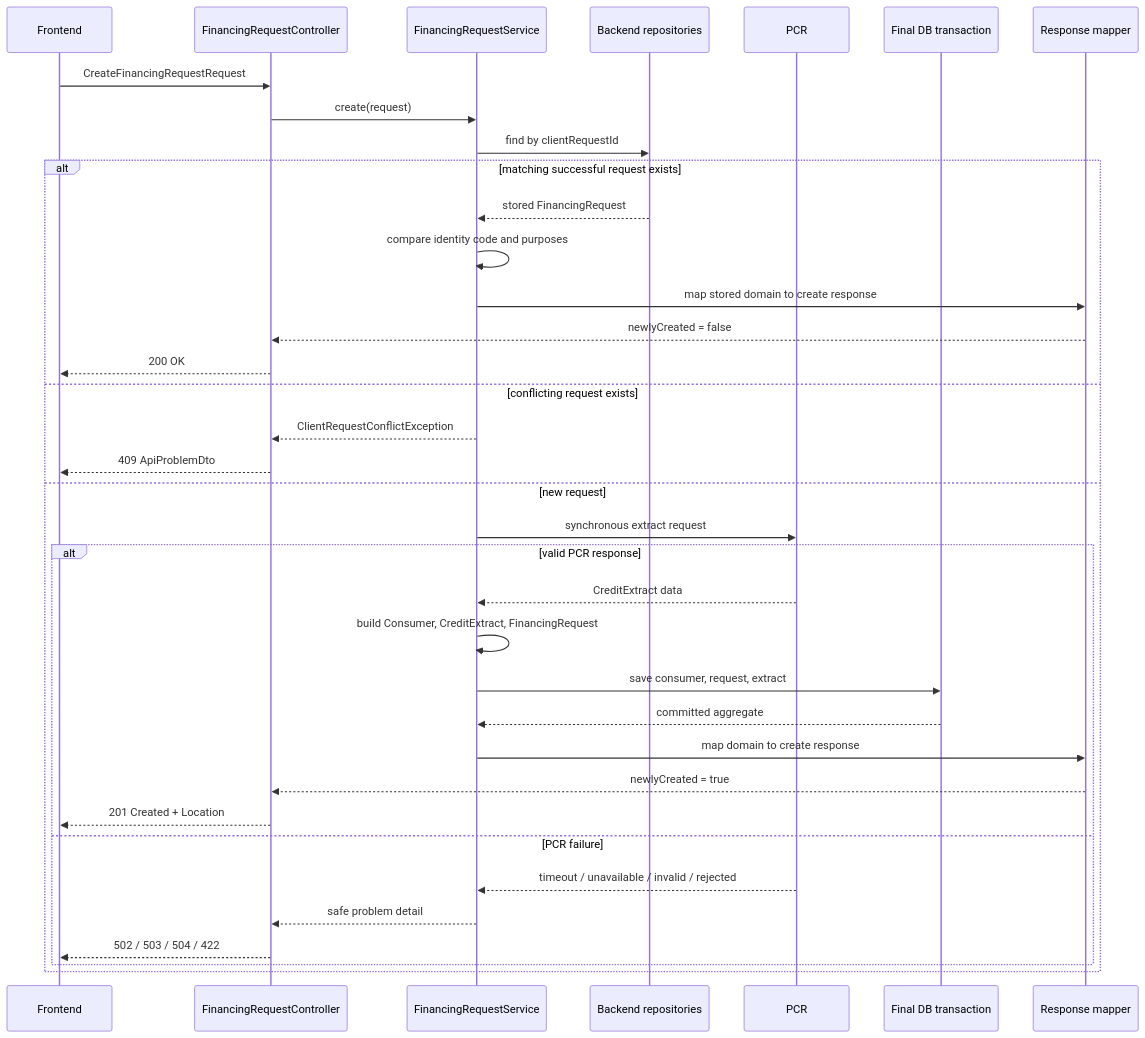
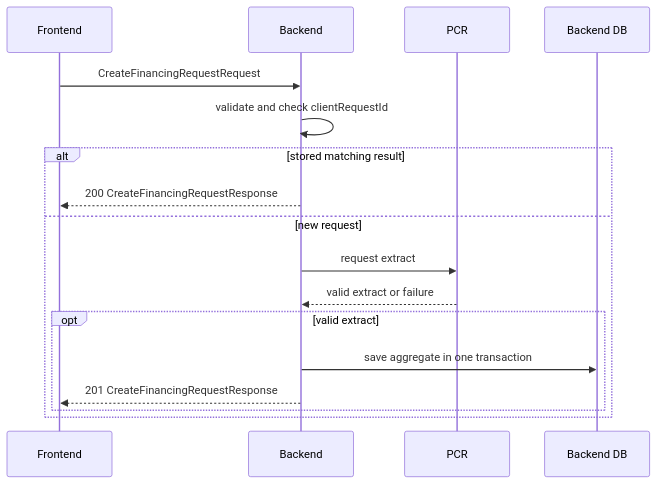
The second of 2 diagrams in docs/credit-lens-dto-domain-data-flow.md (nastyarad/credit-lens), drawn with Mermaid before and after one commit. The commit also changed other lines of this file and 15 other files, not shown here.

````diff
--- a/docs/credit-lens-dto-domain-data-flow.md
+++ b/docs/credit-lens-dto-domain-data-flow.md
@@ -284,39 +44,19 @@
 ```mermaid
 sequenceDiagram
-    participant FE as Frontend
-    participant C as FinancingRequestController
-    participant S as FinancingRequestService
-    participant R as Backend repositories
-    participant PCR as PCR
-    participant TX as Final DB transaction
-    participant M as Response mapper
-
-    FE->>C: CreateFinancingRequestRequest
-    C->>S: create(request)
-    S->>R: find by clientRequestId
-    alt matching successful request exists
-        R-->>S: stored FinancingRequest
-        S->>S: compare identity code and purposes
-        S->>M: map stored domain to create response
-        M-->>C: newlyCreated = false
-        C-->>FE: 200 OK
-    else conflicting request exists
-        S-->>C: ClientRequestConflictException
-        C-->>FE: 409 ApiProblemDto
+    participant F as Frontend
+    participant B as Backend
+    participant P as PCR
+    participant D as Backend DB
+    F->>B: CreateFinancingRequestRequest
+    B->>B: validate and check clientRequestId
+    alt stored matching result
+        B-->>F: 200 CreateFinancingRequestResponse
     else new request
-        S->>PCR: synchronous extract request
-        alt valid PCR response
-            PCR-->>S: CreditExtract data
-            S->>S: build Consumer, CreditExtract, FinancingRequest
-            S->>TX: save consumer, request, extract
-            TX-->>S: committed aggregate
-            S->>M: map domain to create response
-            M-->>C: newlyCreated = true
-            C-->>FE: 201 Created + Location
-        else PCR failure
-            PCR-->>S: timeout / unavailable / invalid / rejected
-            S-->>C: safe problem detail
-            C-->>FE: 502 / 503 / 504 / 422
+        B->>P: request extract
+        P-->>B: valid extract or failure
+        opt valid extract
+            B->>D: save aggregate in one transaction
+            B-->>F: 201 CreateFinancingRequestResponse
         end
     end
 ```
````
